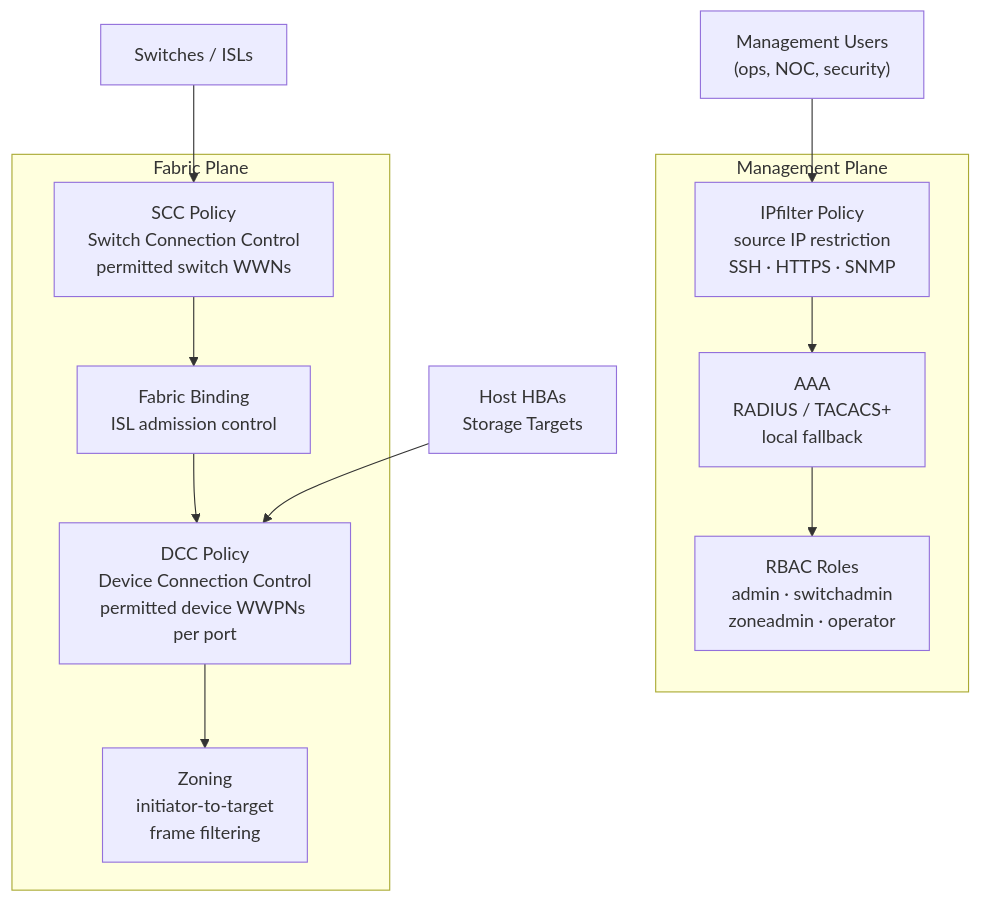
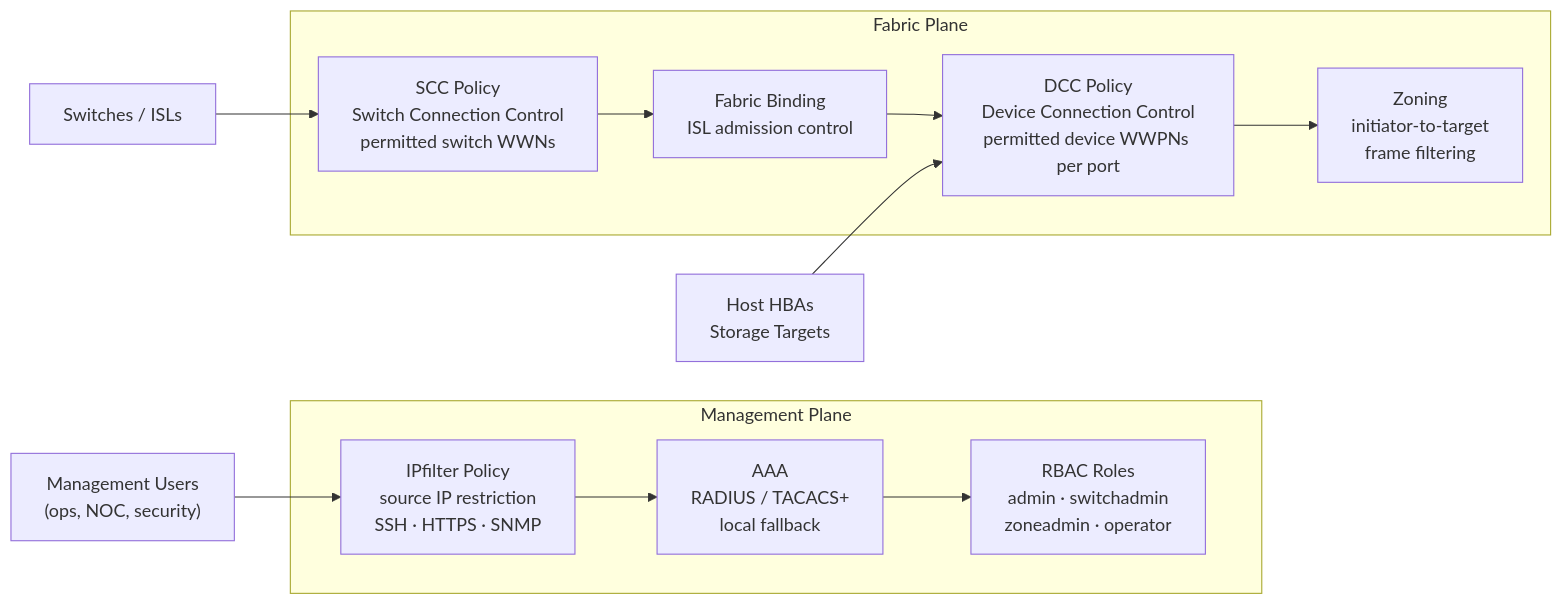
Before and after one commit to canast01/chris-kb: the diagram in docs/san/brocade/fabric-os/security/access-control.md, drawn with Mermaid. The commit also changed 192 other files, not shown here.

````diff
--- a/docs/san/brocade/fabric-os/security/access-control.md
+++ b/docs/san/brocade/fabric-os/security/access-control.md
@@ -28,21 +28,21 @@
 ```mermaid
-graph TB
+graph LR
     subgraph "Management Plane"
         ipfilter["IPfilter Policy\nsource IP restriction\nSSH · HTTPS · SNMP"]
         rbac["RBAC Roles\nadmin · switchadmin\nzoneadmin · operator"]
         aaa["AAA\nRADIUS / TACACS+\nlocal fallback"]
         ipfilter --> aaa --> rbac
     end
 
     subgraph "Fabric Plane"
         scc["SCC Policy\nSwitch Connection Control\npermitted switch WWNs"]
         dcc["DCC Policy\nDevice Connection Control\npermitted device WWPNs per port"]
         binding["Fabric Binding\nISL admission control"]
         zoning["Zoning\ninitiator-to-target\nframe filtering"]
         scc --> binding --> dcc --> zoning
     end
 
     mgmtUsers["Management Users\n(ops, NOC, security)"] --> ipfilter
     switches["Switches / ISLs"] --> scc
     devices["Host HBAs\nStorage Targets"] --> dcc
 ```
````
